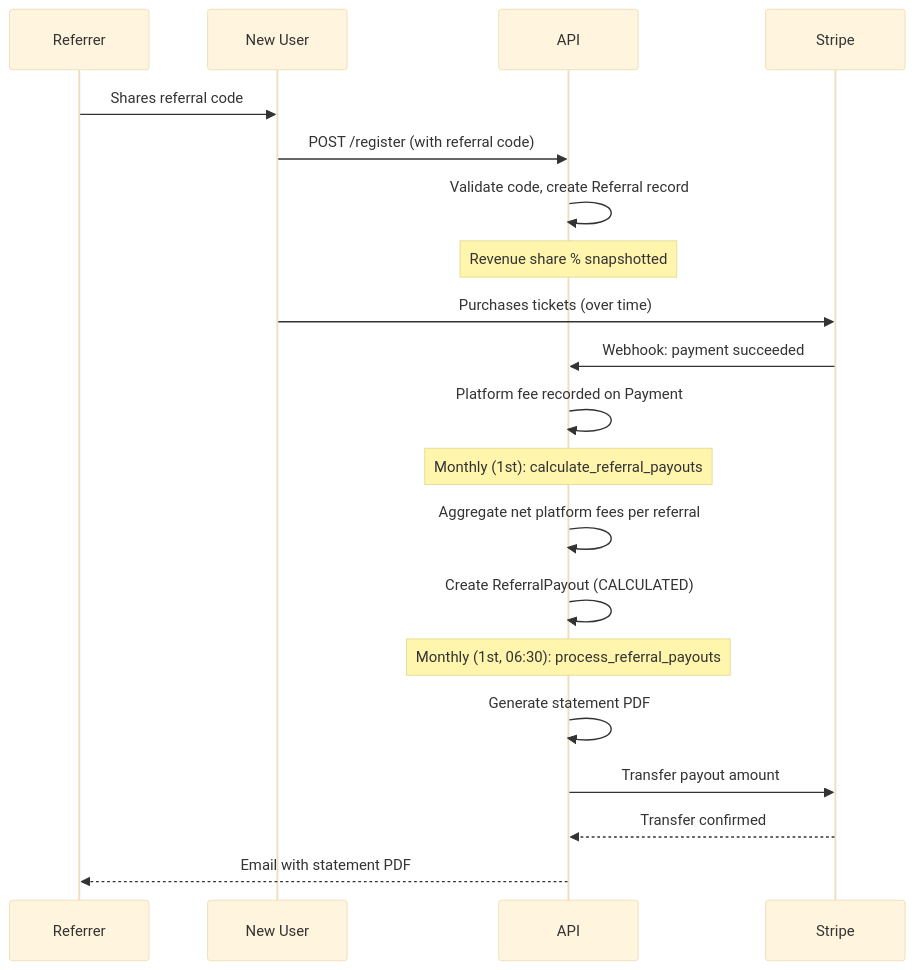
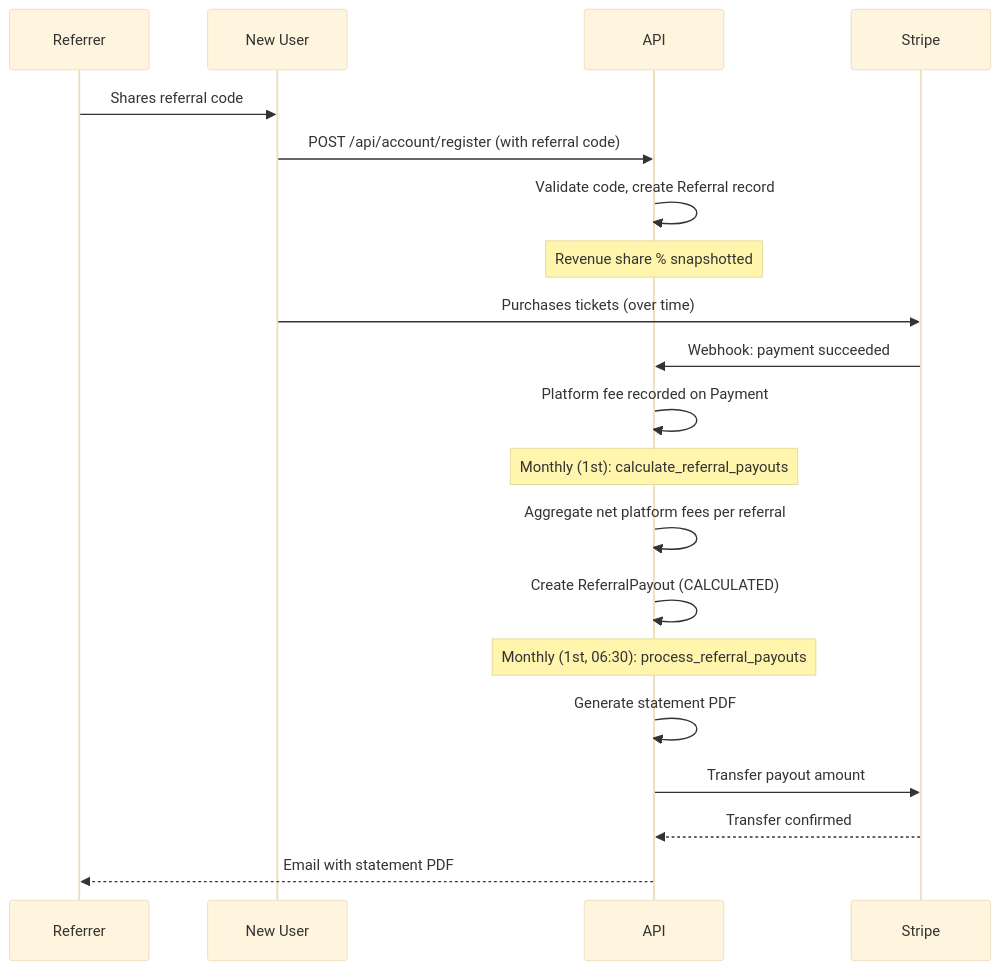
Before and after one commit to letsrevel/revel-backend: the ninth of 10 diagrams in docs/guides/user-journey.md, drawn with Mermaid (base theme). The commit also changed other lines of this file and 2 other files, not shown here.

````diff
--- a/docs/guides/user-journey.md
+++ b/docs/guides/user-journey.md
@@ -346,26 +349,26 @@
 ```mermaid
 sequenceDiagram
     participant R as Referrer
     participant N as New User
     participant API as API
     participant S as Stripe
 
     R->>N: Shares referral code
-    N->>API: POST /register (with referral code)
+    N->>API: POST /api/account/register (with referral code)
     API->>API: Validate code, create Referral record
     Note over API: Revenue share % snapshotted
 
     N->>S: Purchases tickets (over time)
     S->>API: Webhook: payment succeeded
     API->>API: Platform fee recorded on Payment
 
     Note over API: Monthly (1st): calculate_referral_payouts
     API->>API: Aggregate net platform fees per referral
     API->>API: Create ReferralPayout (CALCULATED)
 
     Note over API: Monthly (1st, 06:30): process_referral_payouts
     API->>API: Generate statement PDF
     API->>S: Transfer payout amount
     S-->>API: Transfer confirmed
     API-->>R: Email with statement PDF
 ```
````
